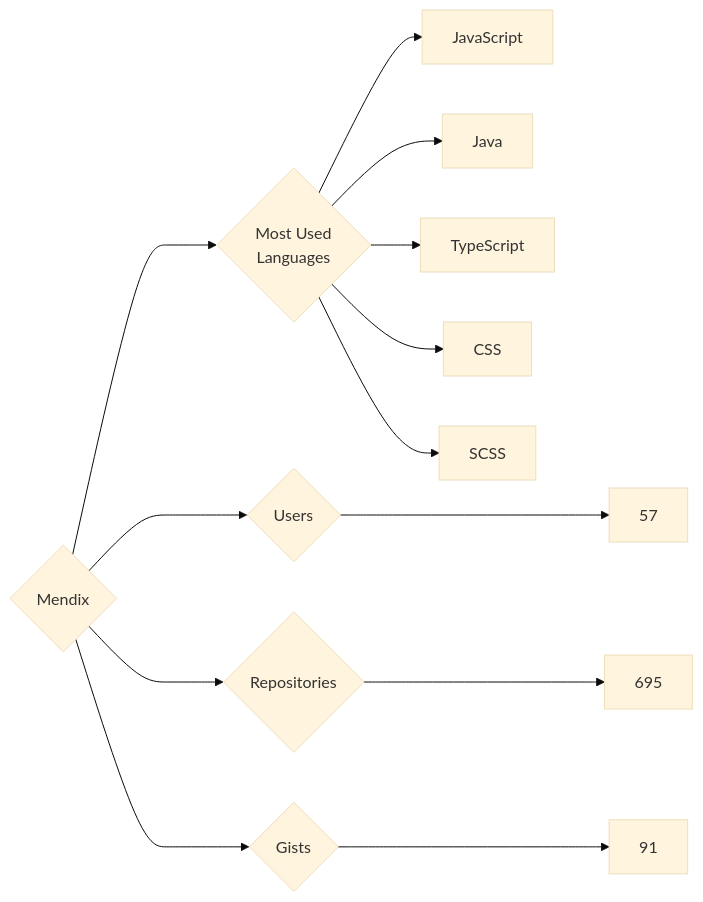
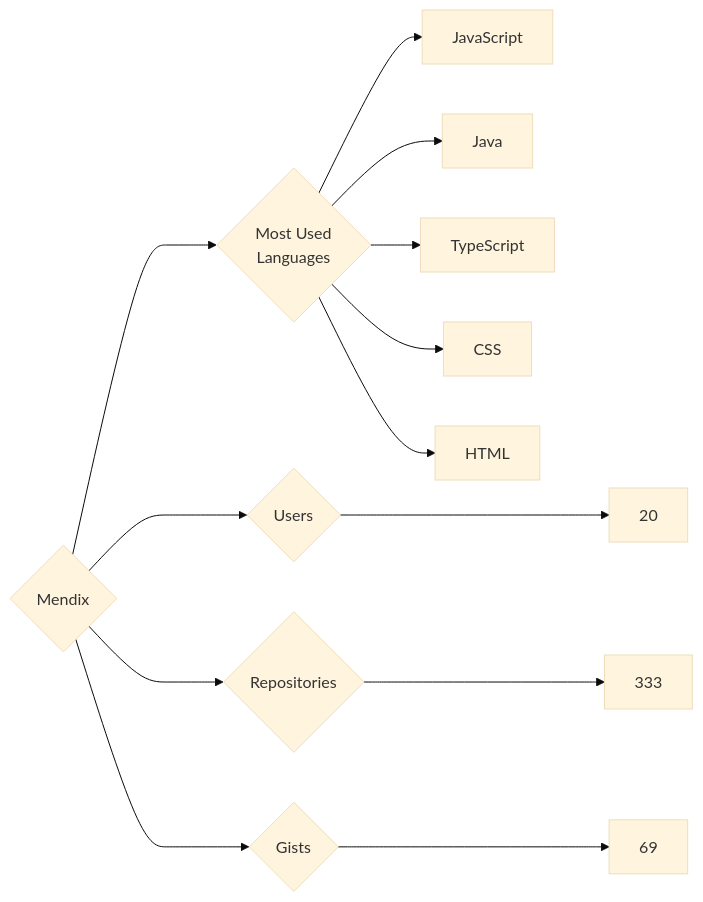
The diagram in targets/Mendix/README.md (trickest/insiders), drawn with Mermaid (base theme) before and after one commit. The commit also changed 773 other files, not shown here.

````diff
--- a/targets/Mendix/README.md
+++ b/targets/Mendix/README.md
@@ -3,13 +3,13 @@
 ```mermaid
 graph LR
 COMPANY_NAME{Mendix}
-COMPANY_NAME ---> U{Users} ---> UN[57]
-COMPANY_NAME ---> R{Repositories} ---> RN[695]
-COMPANY_NAME ---> G{Gists} ---> GN[91]
+COMPANY_NAME ---> U{Users} ---> UN[20]
+COMPANY_NAME ---> R{Repositories} ---> RN[333]
+COMPANY_NAME ---> G{Gists} ---> GN[69]
 COMPANY_NAME ---> ML{Most Used<br>Languages}
 ML --> JavaScript[JavaScript]
 ML --> Java[Java]
 ML --> TypeScript[TypeScript]
 ML --> CSS[CSS]
-ML --> SCSS[SCSS]
+ML --> HTML[HTML]
 ```
````
